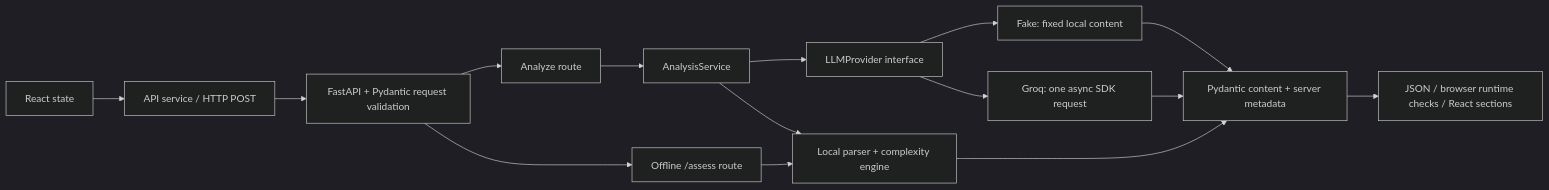
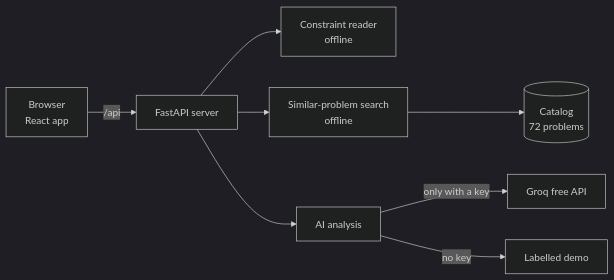
Before and after one commit to honey-cake7/AlgoLens: the diagram in README.md, drawn with Mermaid (dark theme). The commit also changed other lines of this file and 1 other file, not shown here.

````diff
--- a/README.md
+++ b/README.md
@@ -273,17 +38,10 @@
 ```mermaid
 flowchart LR
-    R[React state] --> C[API service / HTTP POST]
-    C --> V[FastAPI + Pydantic request validation]
-    V --> A[Analyze route]
-    A --> S[AnalysisService]
-    S --> D[Local parser + complexity engine]
-    S --> P[LLMProvider interface]
-    P --> F[Fake: fixed local content]
-    P --> G[Groq: one async SDK request]
-    F --> J[Pydantic content + server metadata]
-    G --> J
-    D --> J
-    V --> O[Offline /assess route]
-    O --> D
-    J --> U[JSON / browser runtime checks / React sections]
+    B[Browser<br/>React app] -->|/api| S[FastAPI server]
+    S --> C[Constraint reader<br/>offline]
+    S --> Q[Similar-problem search<br/>offline]
+    S --> A[AI analysis]
+    Q --> K[(Catalog<br/>72 problems)]
+    A -->|only with a key| G[Groq free API]
+    A -->|no key| D[Labelled demo]
 ```
````
